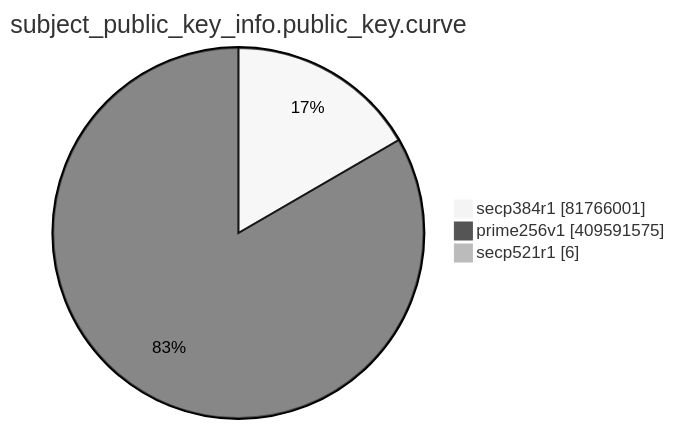
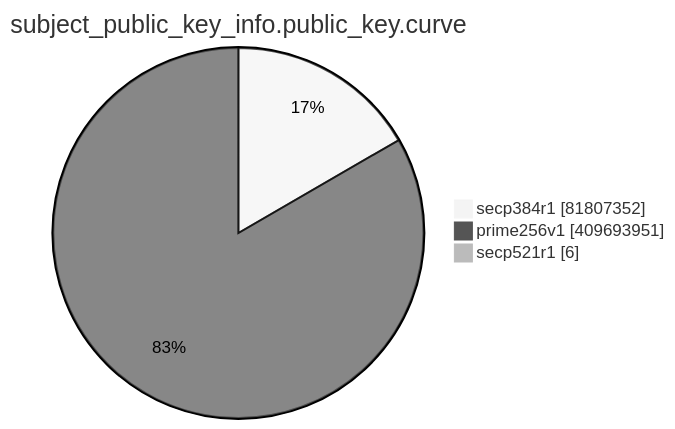
Before and after one commit to christiankrug/ctmonitor_visualization: the eighth of 15 diagrams in TOTAL/README.md, drawn with Mermaid (neutral theme). The commit also changed other lines of this file, not shown here.

````diff
--- a/TOTAL/README.md
+++ b/TOTAL/README.md
@@ -3096,7 +3096,7 @@
 ```mermaid
 pie showData
 title subject_public_key_info.public_key.curve
-"secp384r1" :81766001
-"prime256v1" :409591575
+"secp384r1" :81807352
+"prime256v1" :409693951
 "secp521r1" :6
 ```
````
